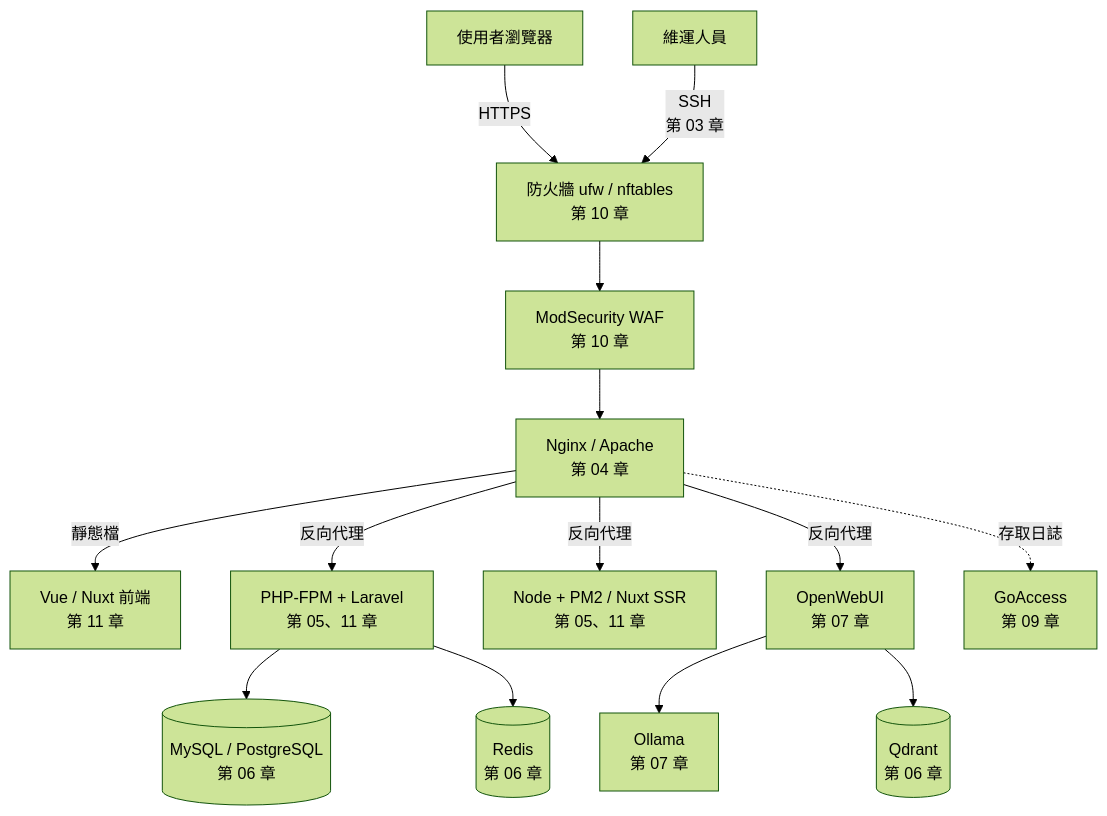
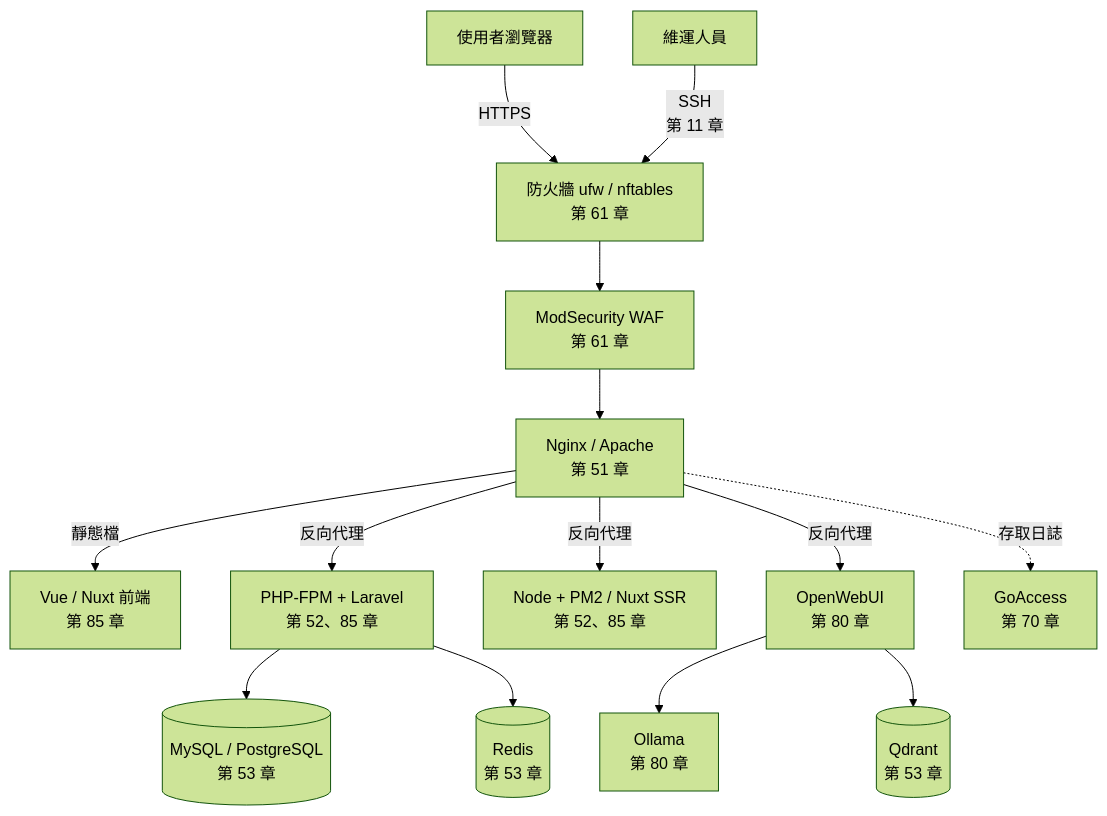
One commit to Information-Study/Tutorial changed the diagram in 00-索引/00-首頁.md. Above: the diagram before and after it, drawn with Mermaid (forest theme). The commit also changed other lines of this file and 733 other files, not shown here.

````diff
--- a/00-索引/00-首頁.md
+++ b/00-索引/00-首頁.md
@@ -84,16 +137,16 @@
 ```mermaid
 flowchart TB
-    U[使用者瀏覽器] -->|HTTPS| FW[防火牆 ufw / nftables<br/>第 10 章]
-    FW --> WAF[ModSecurity WAF<br/>第 10 章]
-    WAF --> WS[Nginx / Apache<br/>第 04 章]
-    WS -->|靜態檔| FE[Vue / Nuxt 前端<br/>第 11 章]
-    WS -->|反向代理| APP1[PHP-FPM + Laravel<br/>第 05、11 章]
-    WS -->|反向代理| APP2[Node + PM2 / Nuxt SSR<br/>第 05、11 章]
-    WS -->|反向代理| AI[OpenWebUI<br/>第 07 章]
-    APP1 --> DB[(MySQL / PostgreSQL<br/>第 06 章)]
-    APP1 --> CACHE[(Redis<br/>第 06 章)]
-    AI --> OLL[Ollama<br/>第 07 章]
-    AI --> QD[(Qdrant<br/>第 06 章)]
-    WS -.存取日誌.-> GA[GoAccess<br/>第 09 章]
-    ADM[維運人員] -->|SSH<br/>第 03 章| FW
+    U[使用者瀏覽器] -->|HTTPS| FW[防火牆 ufw / nftables<br/>第 61 章]
+    FW --> WAF[ModSecurity WAF<br/>第 61 章]
+    WAF --> WS[Nginx / Apache<br/>第 51 章]
+    WS -->|靜態檔| FE[Vue / Nuxt 前端<br/>第 85 章]
+    WS -->|反向代理| APP1[PHP-FPM + Laravel<br/>第 52、85 章]
+    WS -->|反向代理| APP2[Node + PM2 / Nuxt SSR<br/>第 52、85 章]
+    WS -->|反向代理| AI[OpenWebUI<br/>第 80 章]
+    APP1 --> DB[(MySQL / PostgreSQL<br/>第 53 章)]
+    APP1 --> CACHE[(Redis<br/>第 53 章)]
+    AI --> OLL[Ollama<br/>第 80 章]
+    AI --> QD[(Qdrant<br/>第 53 章)]
+    WS -.存取日誌.-> GA[GoAccess<br/>第 70 章]
+    ADM[維運人員] -->|SSH<br/>第 11 章| FW
 ```
````
